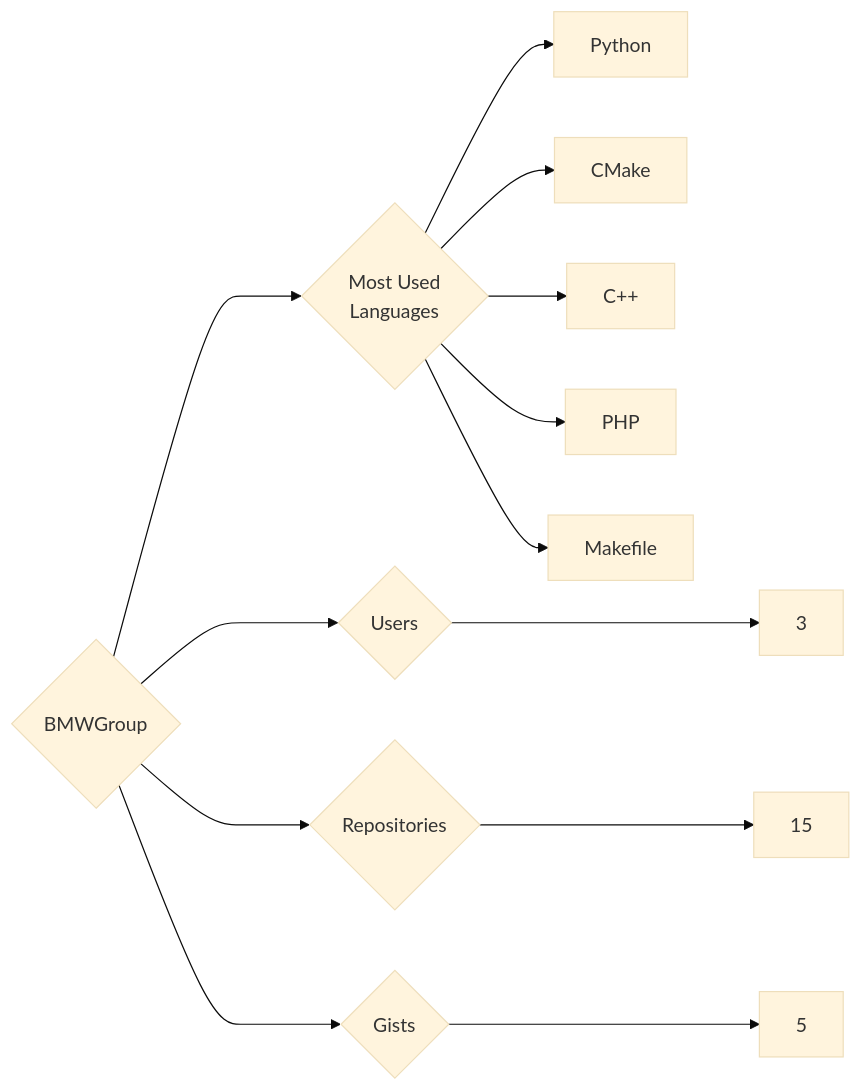
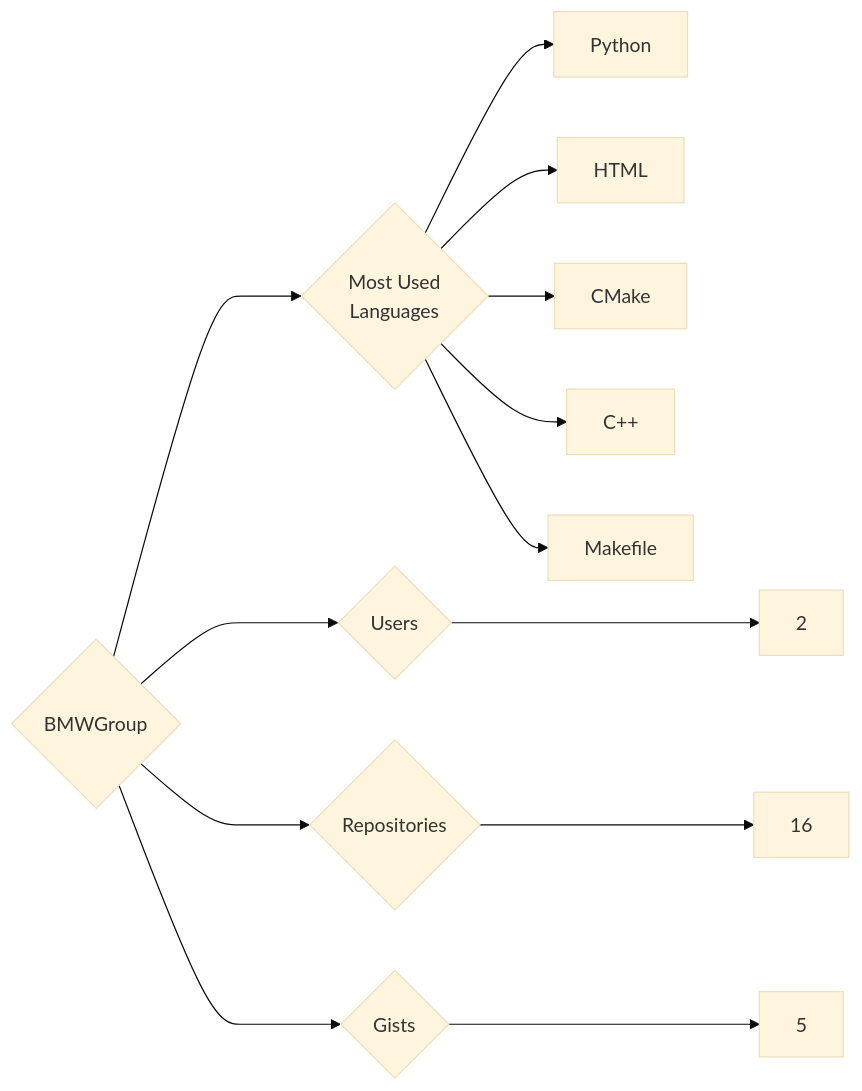
The diagram in targets/BMWGroup/README.md (trickest/insiders), drawn with Mermaid (base theme) before and after one commit. The commit also changed 1030 other files, not shown here.

````diff
--- a/targets/BMWGroup/README.md
+++ b/targets/BMWGroup/README.md
@@ -3,13 +3,13 @@
 ```mermaid
 graph LR
 COMPANY_NAME{BMWGroup}
-COMPANY_NAME ---> U{Users} ---> UN[3]
-COMPANY_NAME ---> R{Repositories} ---> RN[15]
+COMPANY_NAME ---> U{Users} ---> UN[2]
+COMPANY_NAME ---> R{Repositories} ---> RN[16]
 COMPANY_NAME ---> G{Gists} ---> GN[5]
 COMPANY_NAME ---> ML{Most Used<br>Languages}
 ML --> Python[Python]
+ML --> HTML[HTML]
 ML --> CMake[CMake]
 ML --> C++[C++]
-ML --> PHP[PHP]
 ML --> Makefile[Makefile]
 ```
````
